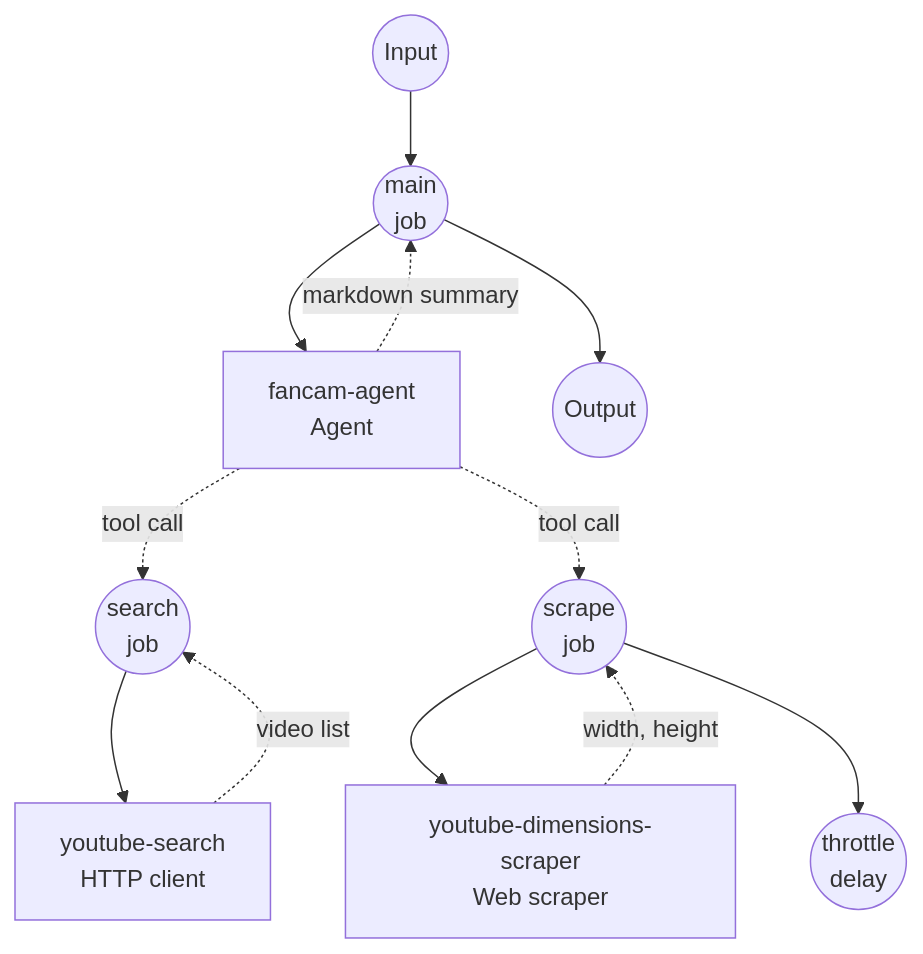
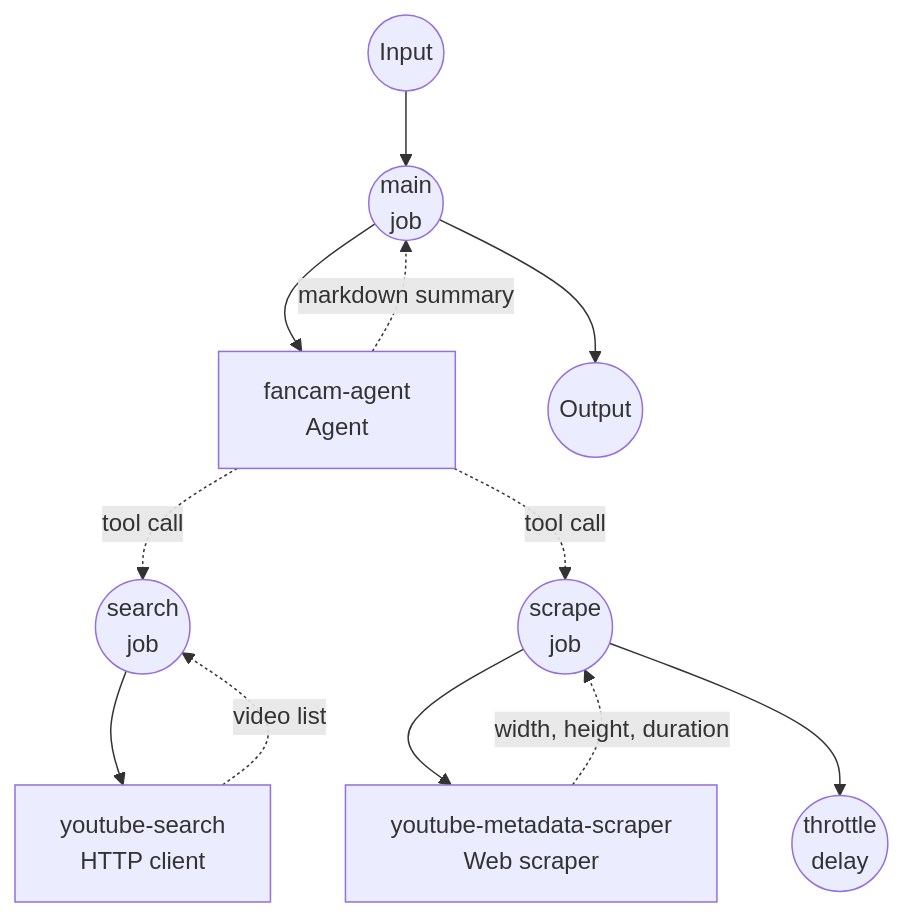
The diagram in examples/agents/kpop-fancam-collector/README.md (hanyeol/model-compose), drawn with Mermaid before and after one commit. The commit also changed other lines of this file and 3 other files, not shown here.

````diff
--- a/examples/agents/kpop-fancam-collector/README.md
+++ b/examples/agents/kpop-fancam-collector/README.md
@@ -142,30 +143,30 @@
 ```mermaid
 graph TD
     %% Jobs (circles)
     JM((main<br/>job))
     JS((search<br/>job))
     JD((scrape<br/>job))
     JT((throttle<br/>delay))
 
     %% Components (rectangles)
     CA[fancam-agent<br/>Agent]
     CS[youtube-search<br/>HTTP client]
-    CD[youtube-dimensions-scraper<br/>Web scraper]
+    CD[youtube-metadata-scraper<br/>Web scraper]
 
     %% main workflow
     Input((Input)) --> JM
     JM --> CA
     CA -.-> |markdown summary| JM
     JM --> Output((Output))
 
     %% search-fancams (agent tool)
     CA -.-> |tool call| JS
     JS --> CS
     CS -.-> |video list| JS
 
-    %% get-video-dimensions (agent tool)
+    %% get-video-metadata (agent tool)
     CA -.-> |tool call| JD
     JD --> CD
-    CD -.-> |width, height| JD
+    CD -.-> |width, height, duration| JD
     JD --> JT
 ```
````
